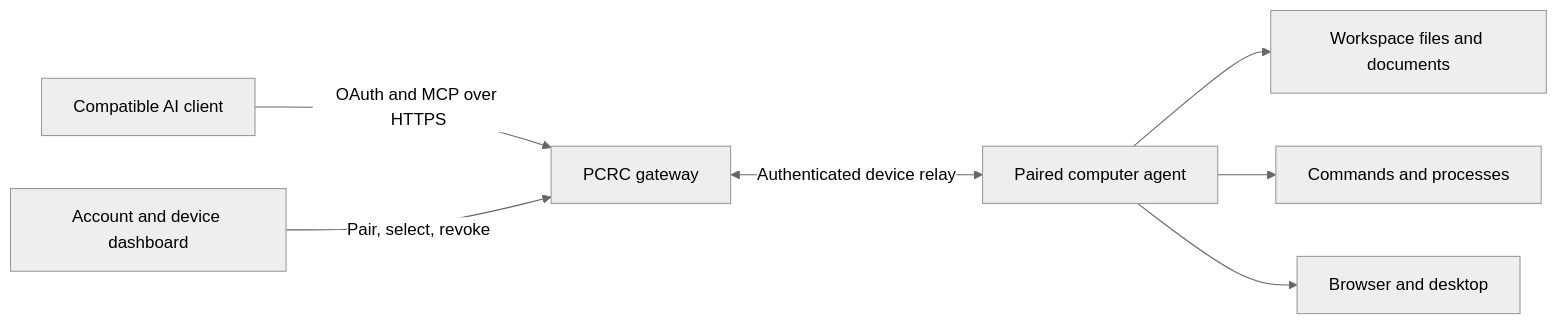
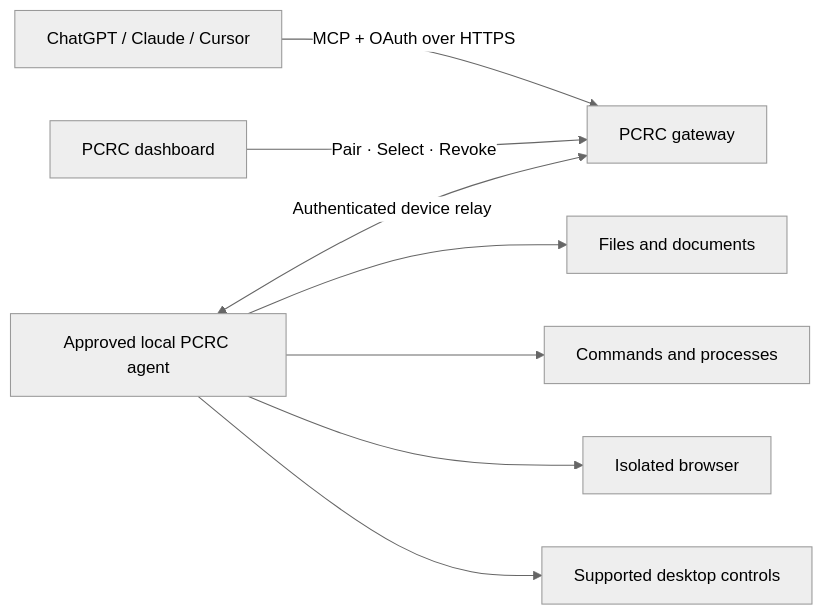
One commit to pcremotecommander-code/pcremotecommander changed the diagram in README.md. Above: the diagram before and after it, drawn with Mermaid (neutral theme). The commit also changed other lines of this file, not shown here.

Commit message:
Refresh PCRC GitHub landing page and project documentation

````diff
--- a/README.md
+++ b/README.md
@@ -71,9 +88,10 @@
 ```mermaid
 flowchart LR
-  A["Compatible AI client"] -->|"OAuth and MCP over HTTPS"| G["PCRC gateway"]
-  D["Account and device dashboard"] -->|"Pair, select, revoke"| G
-  G <-->|"Authenticated device relay"| P["Paired computer agent"]
-  P --> F["Workspace files and documents"]
+  A["ChatGPT / Claude / Cursor"] -->|"MCP + OAuth over HTTPS"| G["PCRC gateway"]
+  D["PCRC dashboard"] -->|"Pair · Select · Revoke"| G
+  P["Approved local PCRC agent"] <-->|"Authenticated device relay"| G
+  P --> F["Files and documents"]
   P --> T["Commands and processes"]
-  P --> B["Browser and desktop"]
+  P --> B["Isolated browser"]
+  P --> U["Supported desktop controls"]
 ```
````
